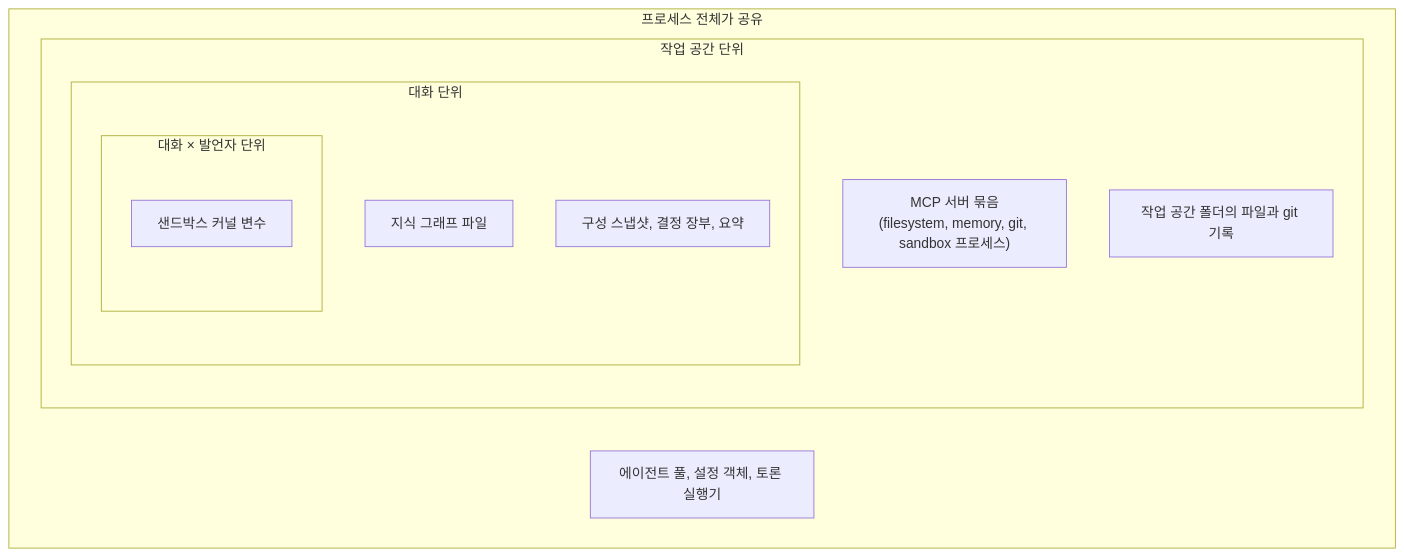
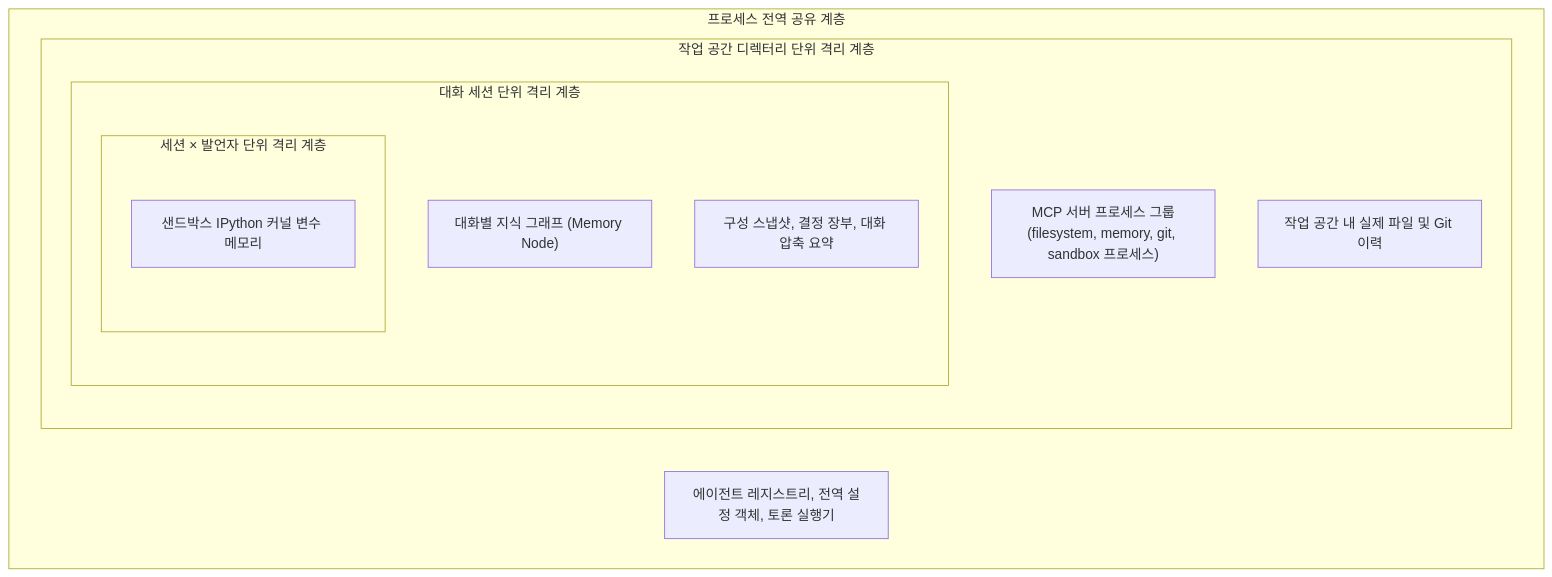
One commit to HaJaehee/MultiAgentDebateAndOrchestrationPlatform changed the seventh of 7 diagrams in lectures/03-architecture/01-static-view.md. Above: the diagram before and after it, drawn with Mermaid. The commit also changed other lines of this file and 39 other files, not shown here.

````diff
--- a/lectures/03-architecture/01-static-view.md
+++ b/lectures/03-architecture/01-static-view.md
@@ -430,17 +377,17 @@
 ```mermaid
 flowchart TB
-    subgraph proc["프로세스 전체가 공유"]
-        p1["에이전트 풀, 설정 객체, 토론 실행기"]
-        subgraph wsb["작업 공간 단위"]
-            w1["MCP 서버 묶음<br/>(filesystem, memory, git, sandbox 프로세스)"]
-            w2["작업 공간 폴더의 파일과 git 기록"]
-            subgraph conv["대화 단위"]
-                c1["지식 그래프 파일"]
-                c2["구성 스냅샷, 결정 장부, 요약"]
-                subgraph spk["대화 × 발언자 단위"]
-                    s1["샌드박스 커널 변수"]
+    subgraph proc["프로세스 전역 공유 계층"]
+        p1["에이전트 레지스트리, 전역 설정 객체, 토론 실행기"]
+        subgraph wsb["작업 공간 디렉터리 단위 격리 계층"]
+            w1["MCP 서버 프로세스 그룹<br/>(filesystem, memory, git, sandbox 프로세스)"]
+            w2["작업 공간 내 실제 파일 및 Git 이력"]
+            subgraph conv["대화 세션 단위 격리 계층"]
+                c1["대화별 지식 그래프 (Memory Node)"]
+                c2["구성 스냅샷, 결정 장부, 대화 압축 요약"]
+                subgraph spk["세션 × 발언자 단위 격리 계층"]
+                    s1["샌드박스 IPython 커널 변수 메모리"]
                 end
             end
         end
     end
 ```
````
